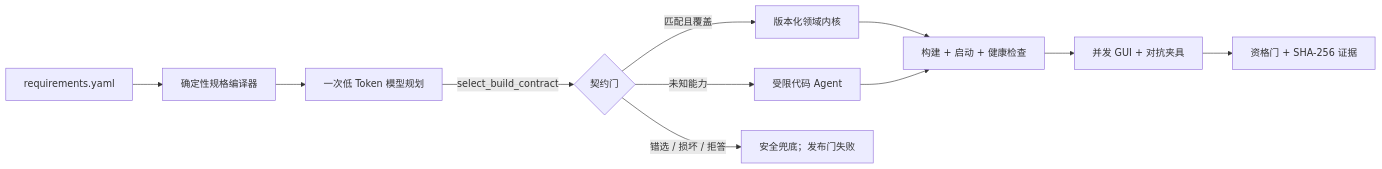
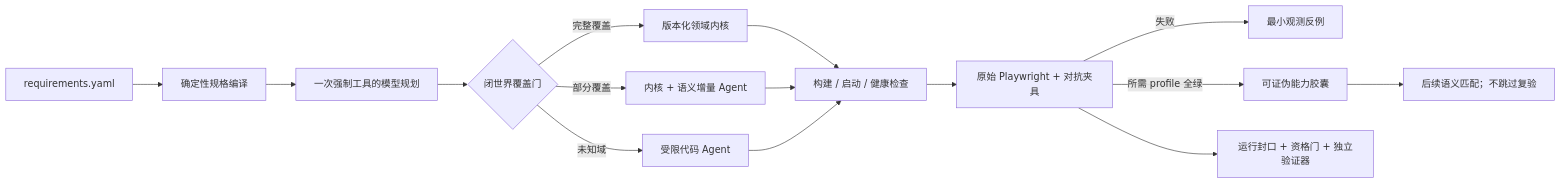
One commit to bugtakue/langqi-forge changed the diagram in README.md. Above: the diagram before and after it, drawn with Mermaid. The commit also changed other lines of this file and 49 other files, not shown here.

````diff
--- a/README.md
+++ b/README.md
@@ -37,13 +76,17 @@
 ```mermaid
 flowchart LR
-  A[requirements.yaml] --> B[确定性规格编译器]
-  B --> C[一次低 Token 模型规划]
-  C -->|select_build_contract| D{契约门}
-  D -->|匹配且覆盖| E[版本化领域内核]
-  D -->|未知能力| F[受限代码 Agent]
-  D -->|错选 / 损坏 / 拒答| G[安全兜底；发布门失败]
-  E --> H[构建 + 启动 + 健康检查]
+  A[requirements.yaml] --> B[确定性规格编译]
+  B --> C[一次强制工具的模型规划]
+  C --> D{闭世界覆盖门}
+  D -->|完整覆盖| E[版本化领域内核]
+  D -->|部分覆盖| F[内核 + 语义增量 Agent]
+  D -->|未知域| G[受限代码 Agent]
+  E --> H[构建 / 启动 / 健康检查]
   F --> H
-  H --> I[并发 GUI + 对抗夹具]
-  I --> J[资格门 + SHA-256 证据]
+  G --> H
+  H --> I[原始 Playwright + 对抗夹具]
+  I -->|失败| J[最小观测反例]
+  I -->|所需 profile 全绿| K[可证伪能力胶囊]
+  K --> L[后续语义匹配；不跳过复验]
+  I --> M[运行封口 + 资格门 + 独立验证器]
 ```
````
